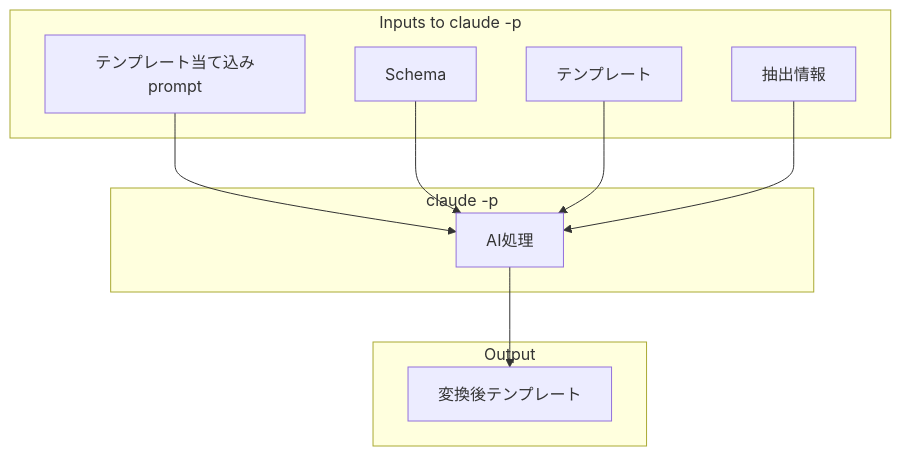
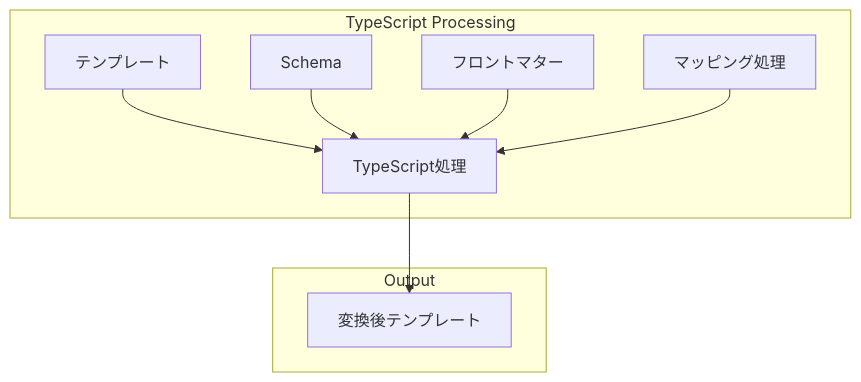
The second of 2 diagrams in docs/domain/architecture/ai-template-generation.md (tettuan/frontmatter-to-schema), drawn with Mermaid before and after one commit. The commit also changed other lines of this file and 262 other files, not shown here.

````diff
--- a/docs/domain/architecture/ai-template-generation.md
+++ b/docs/domain/architecture/ai-template-generation.md
@@ -462,23 +511,20 @@
 ```mermaid
 graph TD
-    subgraph "Inputs to claude -p"
-        A[テンプレート当て込みprompt]
+    subgraph "TypeScript Processing"
+        A[テンプレート]
         B[Schema]
-        C[テンプレート]
-        D[抽出情報]
-    end
-    
-    subgraph "claude -p"
-        P[AI処理]
+        C[フロントマター]
+        D[マッピング処理]
+        P[TypeScript処理]
     end
     
     subgraph "Output"
         O[変換後テンプレート]
     end
     
     A --> P
     B --> P
     C --> P
     D --> P
     P --> O
 ```
````
